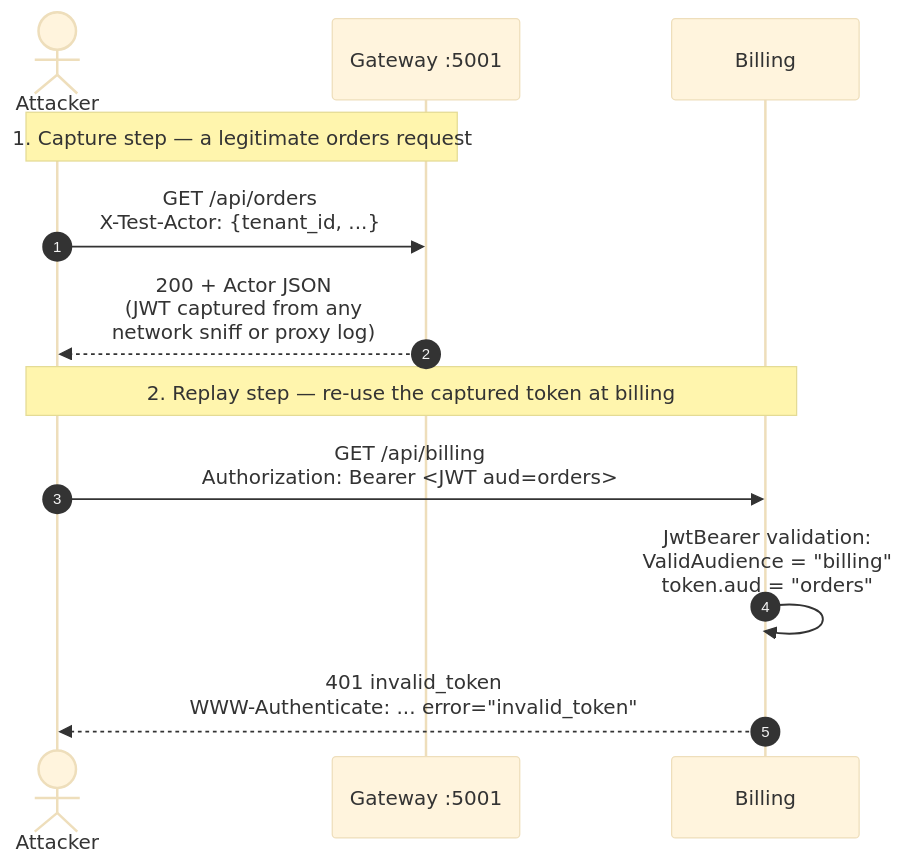
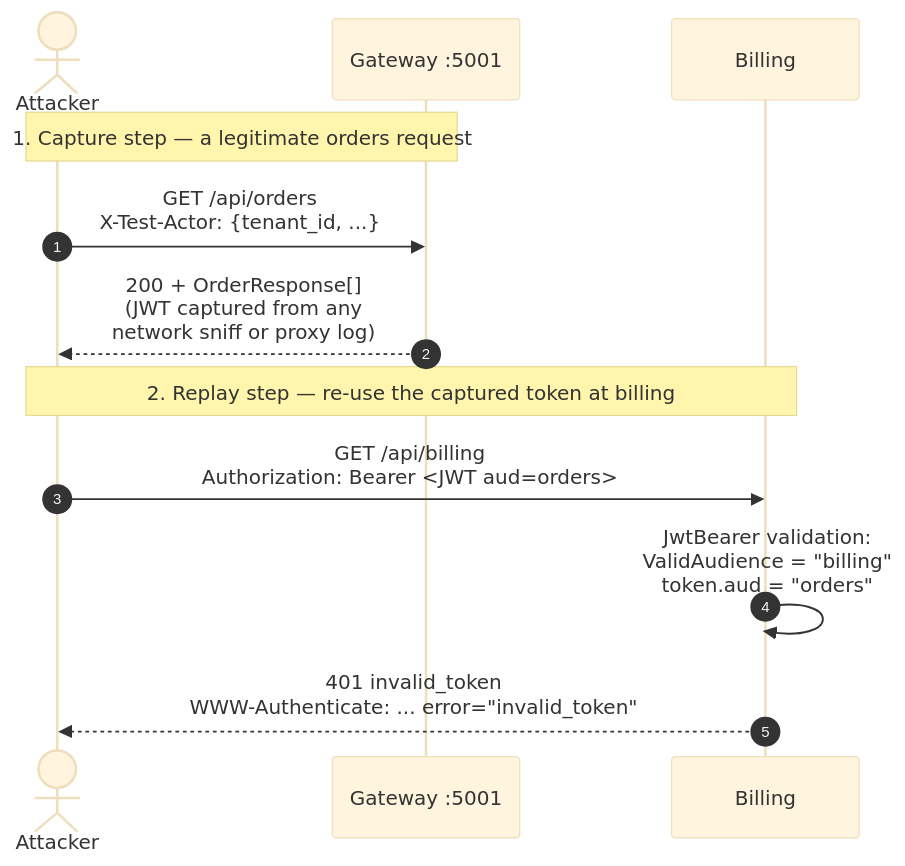
Before and after one commit to xavierjohn/Trellis.Microservices: the sixth of 11 diagrams in examples/Sample/ARCHITECTURE.md, drawn with Mermaid (base theme). The commit also changed other lines of this file and 3 other files, not shown here.

````diff
--- a/examples/Sample/ARCHITECTURE.md
+++ b/examples/Sample/ARCHITECTURE.md
@@ -305,14 +305,14 @@
 ```mermaid
 sequenceDiagram
     autonumber
     actor A as Attacker
     participant G as Gateway :5001
     participant B as Billing
     Note over A,G: 1. Capture step — a legitimate orders request
     A->>G: GET /api/orders<br/>X-Test-Actor: {tenant_id, ...}
-    G-->>A: 200 + Actor JSON<br/>(JWT captured from any<br/>network sniff or proxy log)
+    G-->>A: 200 + OrderResponse[]<br/>(JWT captured from any<br/>network sniff or proxy log)
     Note over A,B: 2. Replay step — re-use the captured token at billing
     A->>B: GET /api/billing<br/>Authorization: Bearer <JWT aud=orders>
     B->>B: JwtBearer validation:<br/>ValidAudience = "billing"<br/>token.aud = "orders"
     B-->>A: 401 invalid_token<br/>WWW-Authenticate: ... error="invalid_token"
 ```
````
